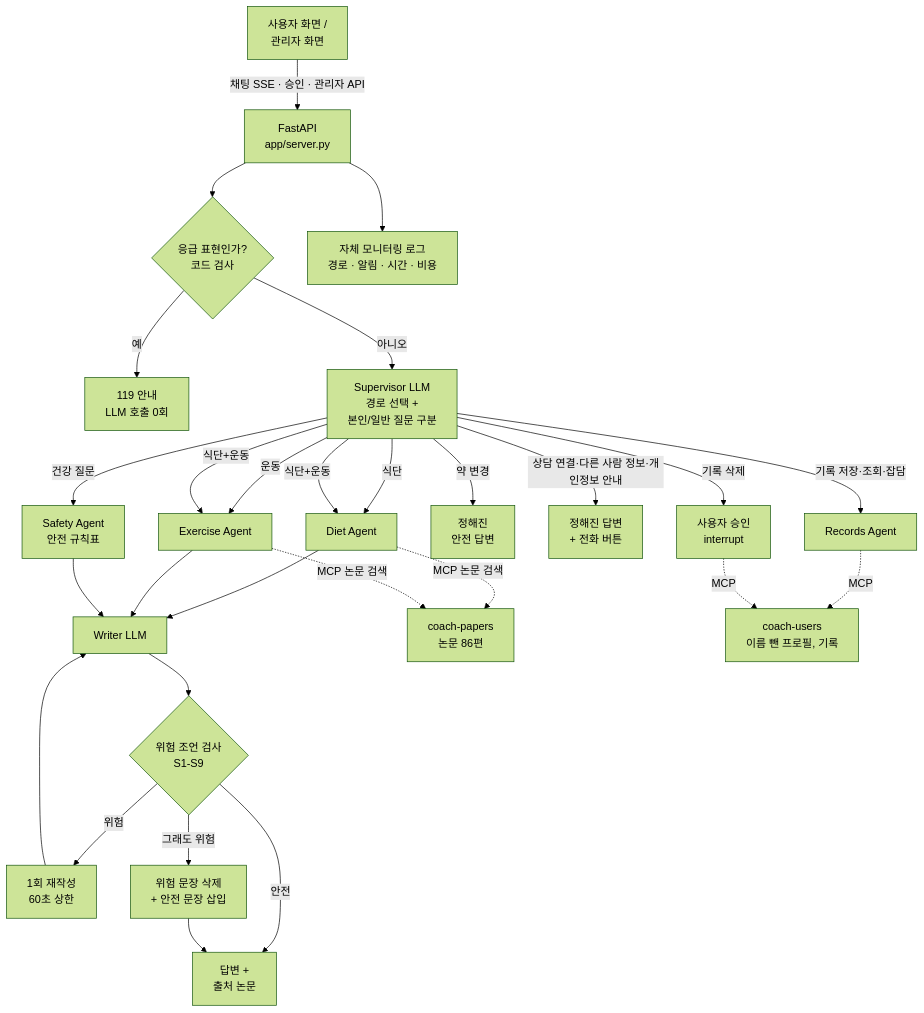
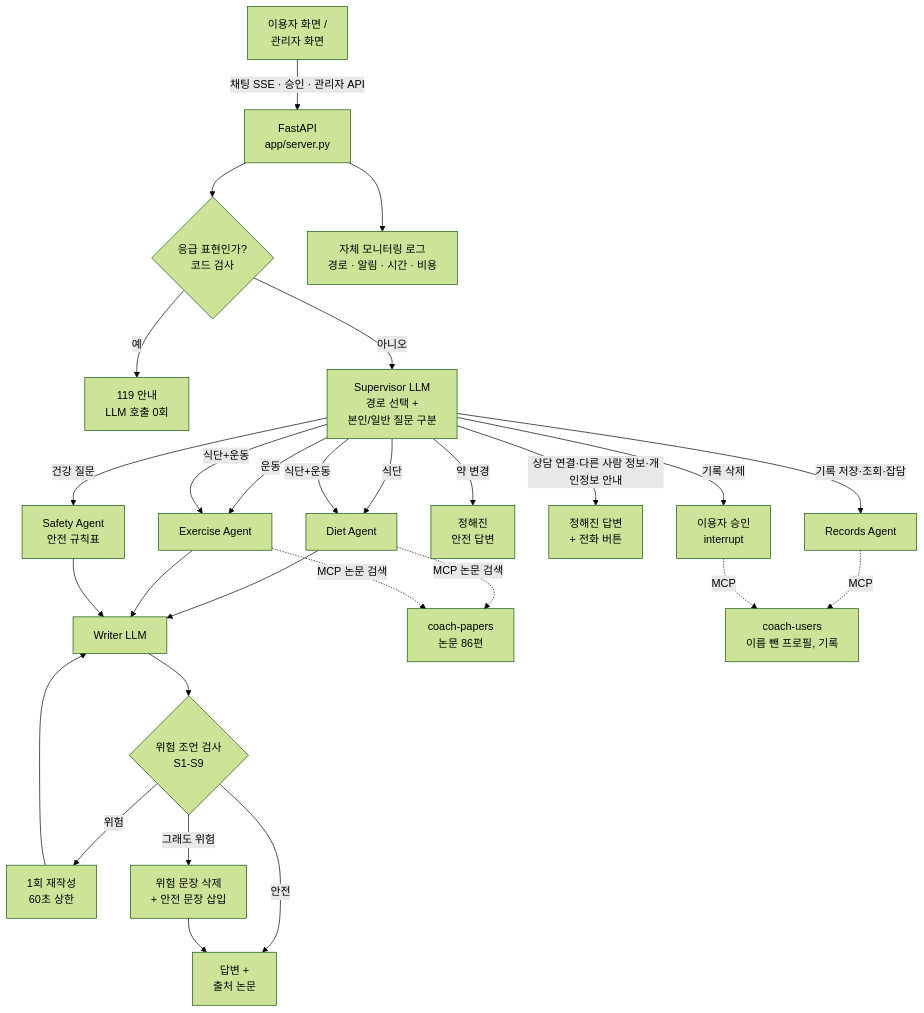
Before and after one commit to sihunwang-skala/health-coach-multi-agent: the diagram in docs/REPORT.md, drawn with Mermaid (forest theme). The commit also changed other lines of this file and 26 other files, not shown here.

````diff
--- a/docs/REPORT.md
+++ b/docs/REPORT.md
@@ -64,28 +64,28 @@
 ```mermaid
 flowchart TD
-  U["사용자 화면 /<br/>관리자 화면"] -->|채팅 SSE · 승인 · 관리자 API| API["FastAPI<br/>app/server.py"]
+  U["이용자 화면 /<br/>관리자 화면"] -->|채팅 SSE · 승인 · 관리자 API| API["FastAPI<br/>app/server.py"]
   API --> G{"응급 표현인가?<br/>코드 검사"}
   G -->|예| EM["119 안내<br/>LLM 호출 0회"]
   G -->|아니오| S["Supervisor LLM<br/>경로 선택 +<br/>본인/일반 질문 구분"]
   S -->|식단| DA["Diet Agent"]
   S -->|운동| EA["Exercise Agent"]
   S -->|식단+운동| DA
   S -->|식단+운동| EA
   S -->|건강 질문| SA["Safety Agent<br/>안전 규칙표"]
   S -->|약 변경| MC["정해진<br/>안전 답변"]
   S -->|상담 연결·다른 사람 정보·개인정보 안내| FX["정해진 답변<br/>+ 전화 버튼"]
   S -->|기록 저장·조회·잡담| RC["Records Agent"]
-  S -->|기록 삭제| HD["사용자 승인<br/>interrupt"]
+  S -->|기록 삭제| HD["이용자 승인<br/>interrupt"]
   DA --> W["Writer LLM"]
   EA --> W
   SA --> W
   W --> V{"위험 조언 검사<br/>S1-S9"}
   V -->|안전| OUT["답변 +<br/>출처 논문"]
   V -->|위험| RT["1회 재작성<br/>60초 상한"] --> W
   V -->|그래도 위험| RM["위험 문장 삭제<br/>+ 안전 문장 삽입"] --> OUT
   DA -. MCP 논문 검색 .-> P["coach-papers<br/>논문 86편"]
   EA -. MCP 논문 검색 .-> P
   RC -. MCP .-> UDB["coach-users<br/>이름 뺀 프로필, 기록"]
   HD -. MCP .-> UDB
   API --> LOG["자체 모니터링 로그<br/>경로 · 알림 · 시간 · 비용"]
 ```
````
